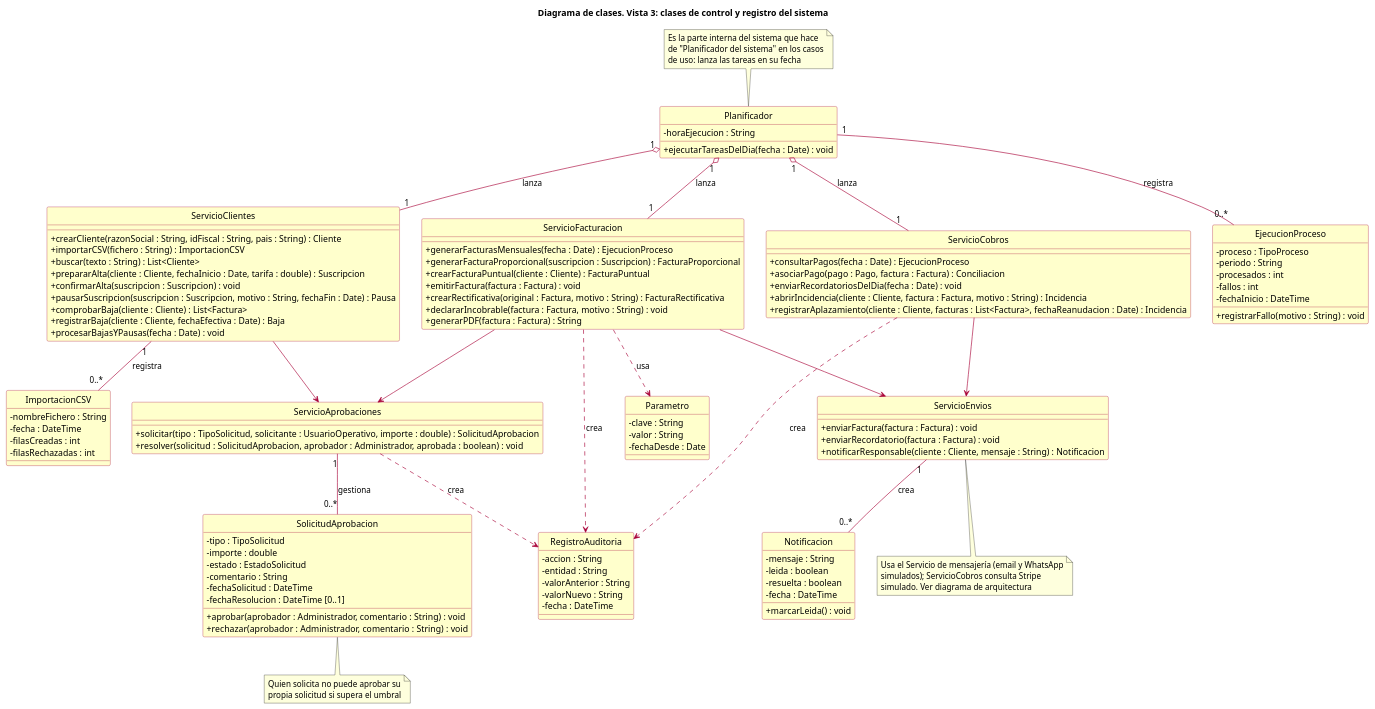
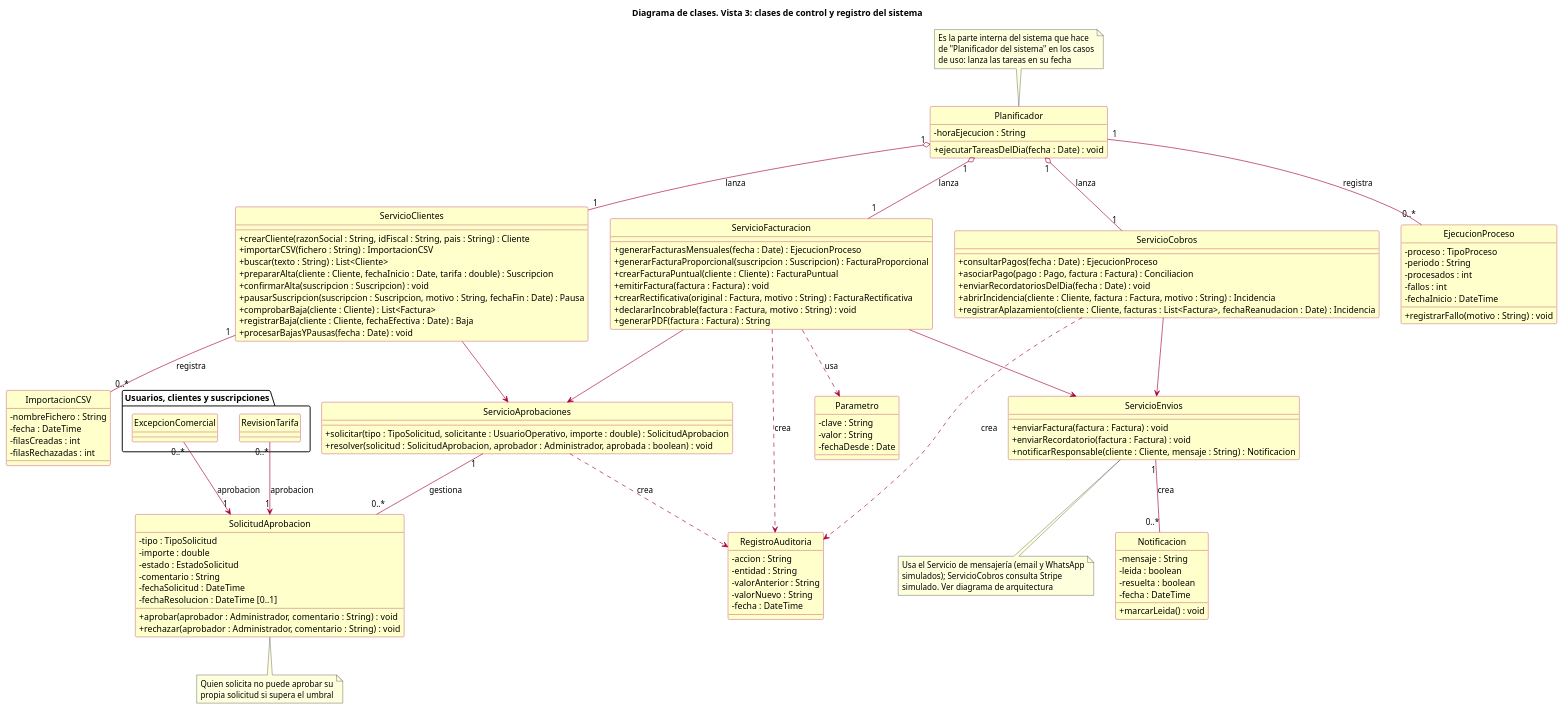
Before and after one commit to FrankiPato/ADA-sapitos: the third of 3 diagrams in entrega2/diagramas/diagrama_clases.puml, drawn with PlantUML. The commit also changed other lines of this file, not shown here.

```diff
--- a/entrega2/diagramas/diagrama_clases.puml
+++ b/entrega2/diagramas/diagrama_clases.puml
@@ -471,140 +391,148 @@
 @startuml CL_3_control_y_registro
 title Diagrama de clases. Vista 3: clases de control y registro del sistema
 skinparam shadowing false
 skinparam classAttributeIconSize 0
 skinparam class {
   BackgroundColor #FFFFCC
   BorderColor #A80036
   ArrowColor #A80036
 }
 hide circle
 
 class Planificador {
   - horaEjecucion : String
   + ejecutarTareasDelDia(fecha : Date) : void
 }
 
 class ServicioClientes {
   + crearCliente(razonSocial : String, idFiscal : String, pais : String) : Cliente
   + importarCSV(fichero : String) : ImportacionCSV
   + buscar(texto : String) : List<Cliente>
   + prepararAlta(cliente : Cliente, fechaInicio : Date, tarifa : double) : Suscripcion
   + confirmarAlta(suscripcion : Suscripcion) : void
   + pausarSuscripcion(suscripcion : Suscripcion, motivo : String, fechaFin : Date) : Pausa
   + comprobarBaja(cliente : Cliente) : List<Factura>
   + registrarBaja(cliente : Cliente, fechaEfectiva : Date) : Baja
   + procesarBajasYPausas(fecha : Date) : void
 }
 
 class ServicioFacturacion {
   + generarFacturasMensuales(fecha : Date) : EjecucionProceso
   + generarFacturaProporcional(suscripcion : Suscripcion) : FacturaProporcional
   + crearFacturaPuntual(cliente : Cliente) : FacturaPuntual
   + emitirFactura(factura : Factura) : void
   + crearRectificativa(original : Factura, motivo : String) : FacturaRectificativa
   + declararIncobrable(factura : Factura, motivo : String) : void
   + generarPDF(factura : Factura) : String
 }
 
 class ServicioCobros {
   + consultarPagos(fecha : Date) : EjecucionProceso
   + asociarPago(pago : Pago, factura : Factura) : Conciliacion
   + enviarRecordatoriosDelDia(fecha : Date) : void
   + abrirIncidencia(cliente : Cliente, factura : Factura, motivo : String) : Incidencia
   + registrarAplazamiento(cliente : Cliente, facturas : List<Factura>, fechaReanudacion : Date) : Incidencia
 }
 
 class ServicioAprobaciones {
   + solicitar(tipo : TipoSolicitud, solicitante : UsuarioOperativo, importe : double) : SolicitudAprobacion
   + resolver(solicitud : SolicitudAprobacion, aprobador : Administrador, aprobada : boolean) : void
 }
 
 class ServicioEnvios {
   + enviarFactura(factura : Factura) : void
   + enviarRecordatorio(factura : Factura) : void
   + notificarResponsable(cliente : Cliente, mensaje : String) : Notificacion
 }
 
 class SolicitudAprobacion {
   - tipo : TipoSolicitud
   - importe : double
   - estado : EstadoSolicitud
   - comentario : String
   - fechaSolicitud : DateTime
   - fechaResolucion : DateTime [0..1]
   + aprobar(aprobador : Administrador, comentario : String) : void
   + rechazar(aprobador : Administrador, comentario : String) : void
 }
 
 class Notificacion {
   - mensaje : String
   - leida : boolean
   - resuelta : boolean
   - fecha : DateTime
   + marcarLeida() : void
 }
 
 class RegistroAuditoria {
   - accion : String
   - entidad : String
   - valorAnterior : String
   - valorNuevo : String
   - fecha : DateTime
 }
 
 class EjecucionProceso {
   - proceso : TipoProceso
   - periodo : String
   - procesados : int
   - fallos : int
   - fechaInicio : DateTime
   + registrarFallo(motivo : String) : void
 }
 
 class Parametro {
   - clave : String
   - valor : String
   - fechaDesde : Date
 }
 
 class ImportacionCSV {
   - nombreFichero : String
   - fecha : DateTime
   - filasCreadas : int
   - filasRechazadas : int
 }
 
+package "Usuarios, clientes y suscripciones" {
+  class RevisionTarifa
+  class ExcepcionComercial
+}
+
 Planificador "1" o-- "1" ServicioFacturacion : lanza
 Planificador "1" o-- "1" ServicioCobros : lanza
 Planificador "1" o-- "1" ServicioClientes : lanza
 Planificador "1" -- "0..*" EjecucionProceso : registra
 
 ServicioFacturacion --> ServicioAprobaciones
 ServicioClientes --> ServicioAprobaciones
 ServicioFacturacion --> ServicioEnvios
 ServicioCobros --> ServicioEnvios
 ServicioAprobaciones "1" -- "0..*" SolicitudAprobacion : gestiona
 ServicioEnvios "1" -- "0..*" Notificacion : crea
 ServicioClientes "1" -- "0..*" ImportacionCSV : registra
 ServicioFacturacion ..> Parametro : usa
 ServicioFacturacion ..> RegistroAuditoria : crea
 ServicioCobros ..> RegistroAuditoria : crea
 ServicioAprobaciones ..> RegistroAuditoria : crea
+
+RevisionTarifa "0..*" --> "1" SolicitudAprobacion : aprobacion
+ExcepcionComercial "0..*" --> "1" SolicitudAprobacion : aprobacion
 
 note top of Planificador
   Es la parte interna del sistema que hace
   de "Planificador del sistema" en los casos
   de uso: lanza las tareas en su fecha
 end note
 
 note bottom of SolicitudAprobacion
   Quien solicita no puede aprobar su
   propia solicitud si supera el umbral
 end note
 
 note bottom of ServicioEnvios
   Usa el Servicio de mensajería (email y WhatsApp
   simulados); ServicioCobros consulta Stripe
   simulado. Ver diagrama de arquitectura
 end note
 @enduml
```
